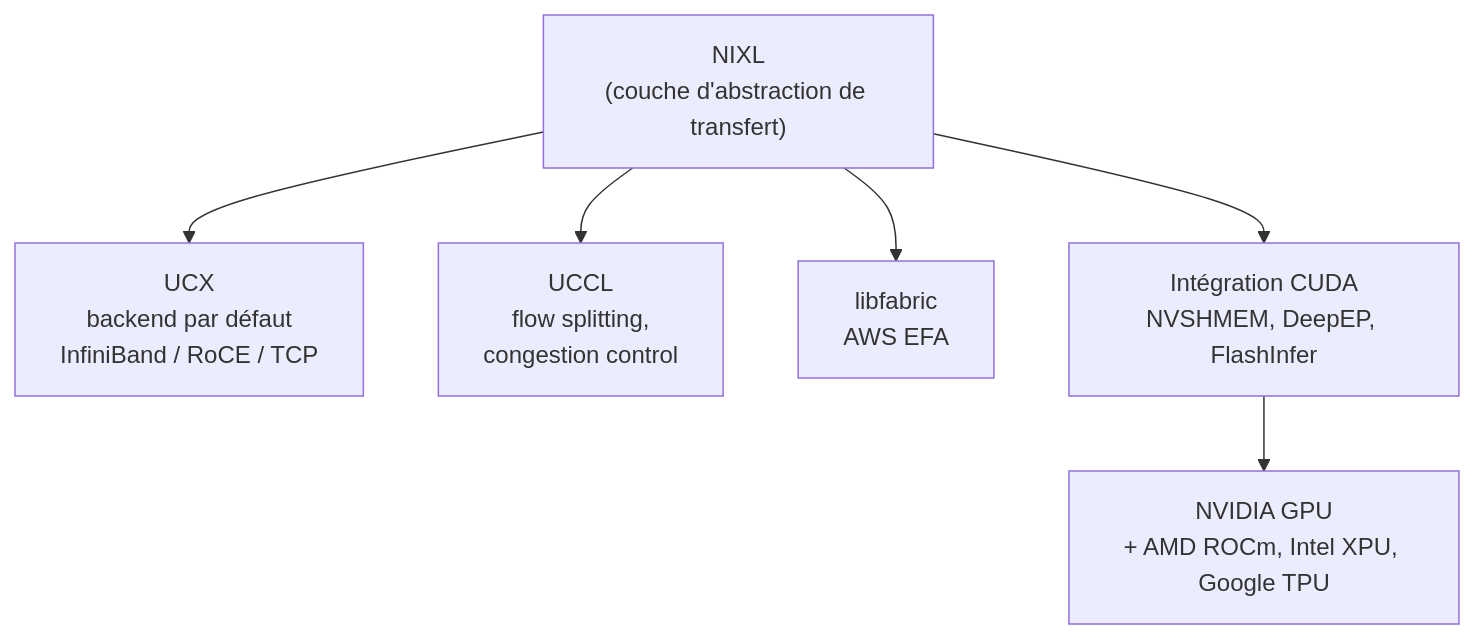
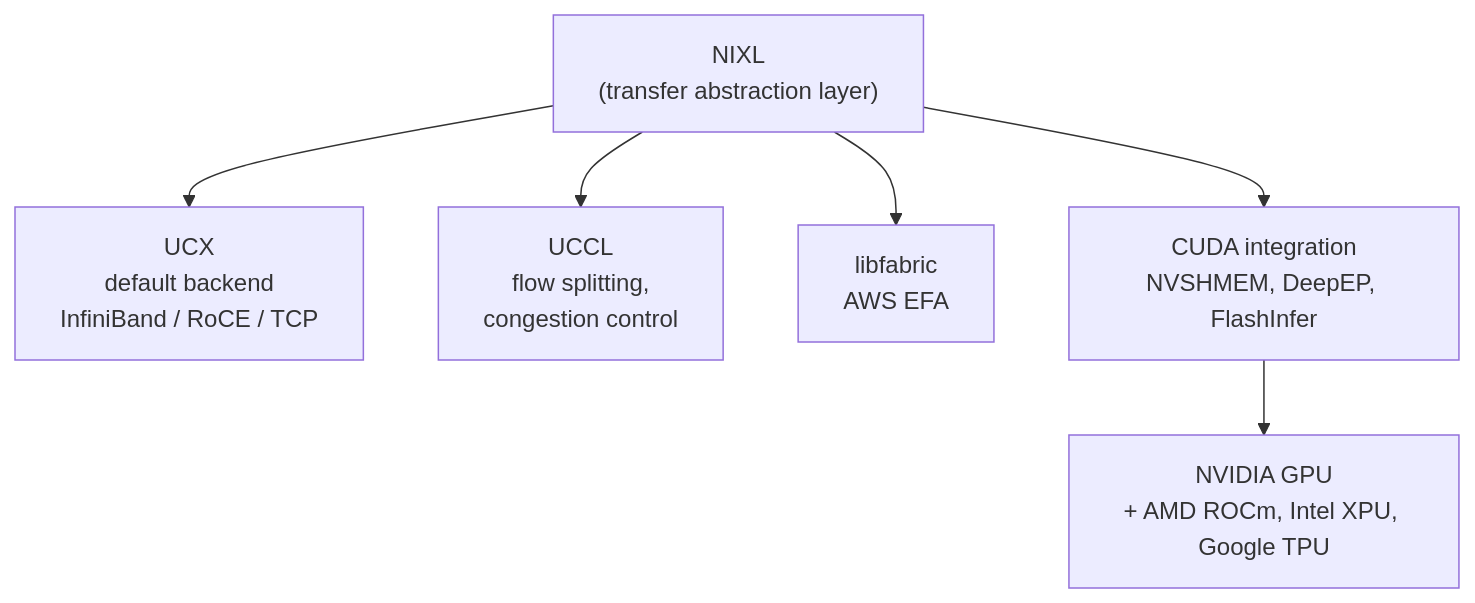
One commit to ADORSYS-GIS/Custom-Ai-Ops changed diagram 11 of 26 in docs/explain/llm-d.md. Above: the diagram before and after it, drawn with Mermaid. The commit also changed other lines of this file, not shown here.

````diff
--- a/docs/explain/llm-d.md
+++ b/docs/explain/llm-d.md
@@ -402,9 +402,9 @@
 ```mermaid
 flowchart TB
-    NIXL["NIXL<br/>(couche d'abstraction de transfert)"]
-    NIXL --> UCX["UCX<br/>backend par défaut<br/>InfiniBand / RoCE / TCP"]
+    NIXL["NIXL<br/>(transfer abstraction layer)"]
+    NIXL --> UCX["UCX<br/>default backend<br/>InfiniBand / RoCE / TCP"]
     NIXL --> UCCL["UCCL<br/>flow splitting,<br/>congestion control"]
     NIXL --> LIBFABRIC["libfabric<br/>AWS EFA"]
-    NIXL --> CUDA["Intégration CUDA<br/>NVSHMEM, DeepEP, FlashInfer"]
+    NIXL --> CUDA["CUDA integration<br/>NVSHMEM, DeepEP, FlashInfer"]
     CUDA --> HW["NVIDIA GPU<br/>+ AMD ROCm, Intel XPU, Google TPU"]
 ```
````
